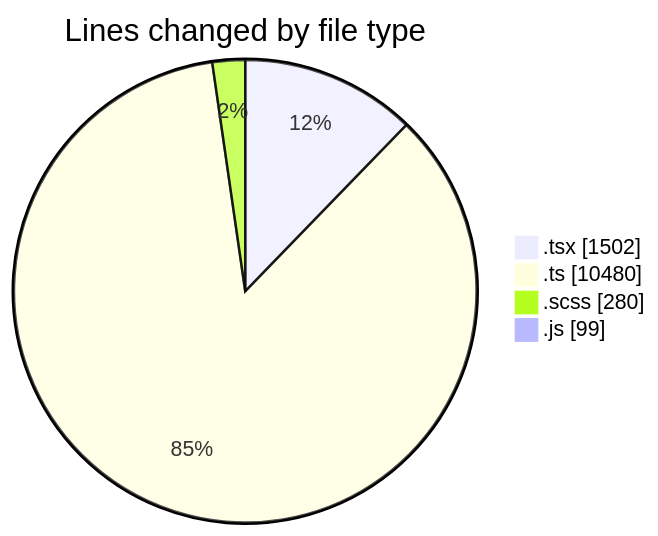
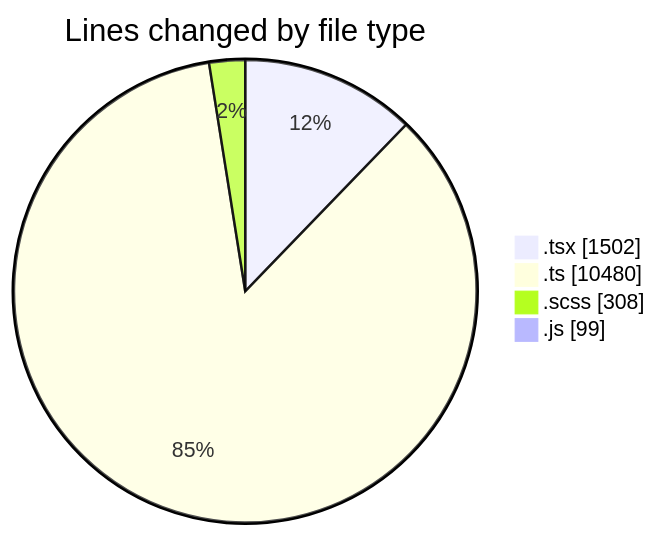
Before and after one commit to momahboobian/code-tracking: the first of 2 diagrams in 2025-03-26/cda/README.md, drawn with Mermaid. The commit also changed other lines of this file and 1 other file, not shown here.

````diff
--- a/2025-03-26/cda/README.md
+++ b/2025-03-26/cda/README.md
@@ -44,8 +44,8 @@
 ```mermaid
 pie showData
 title Lines changed by file type
 ".tsx" : 1502
 ".ts" : 10480
-".scss" : 280
+".scss" : 308
 ".js" : 99
 ```
````
